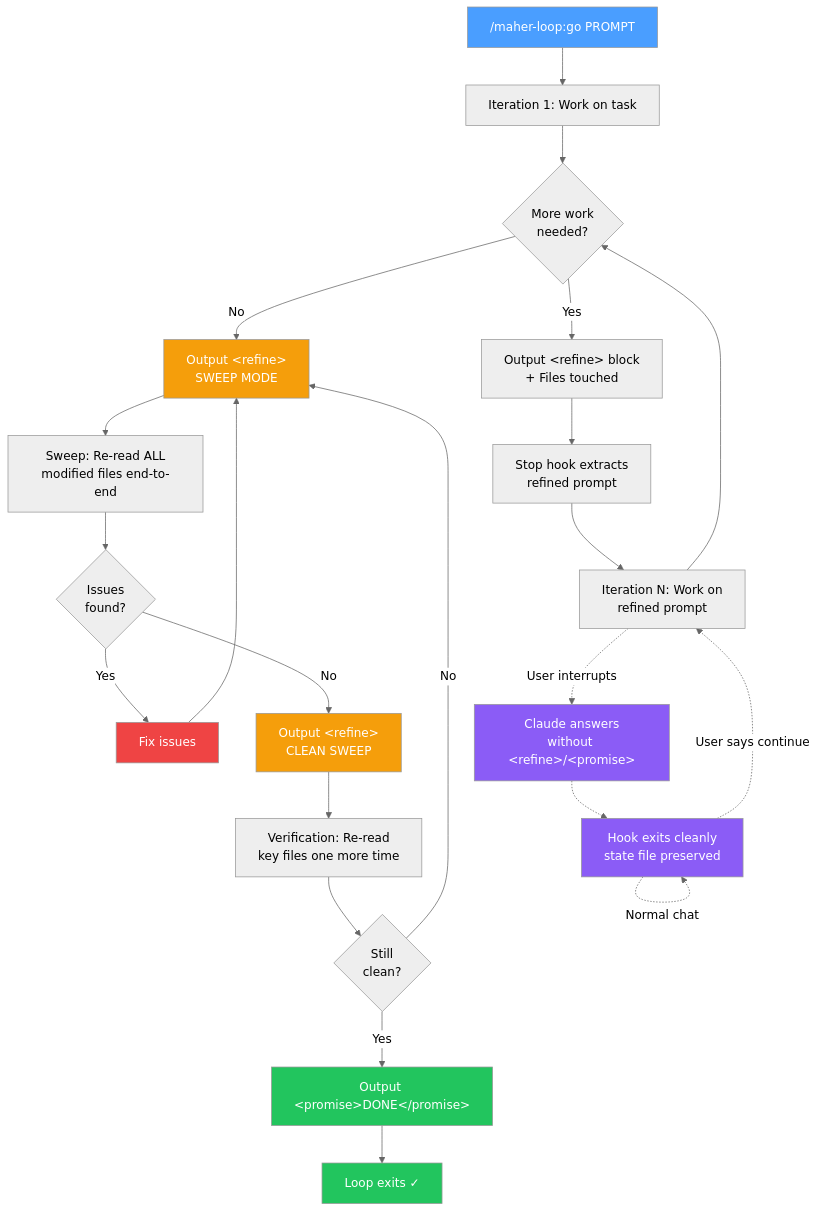
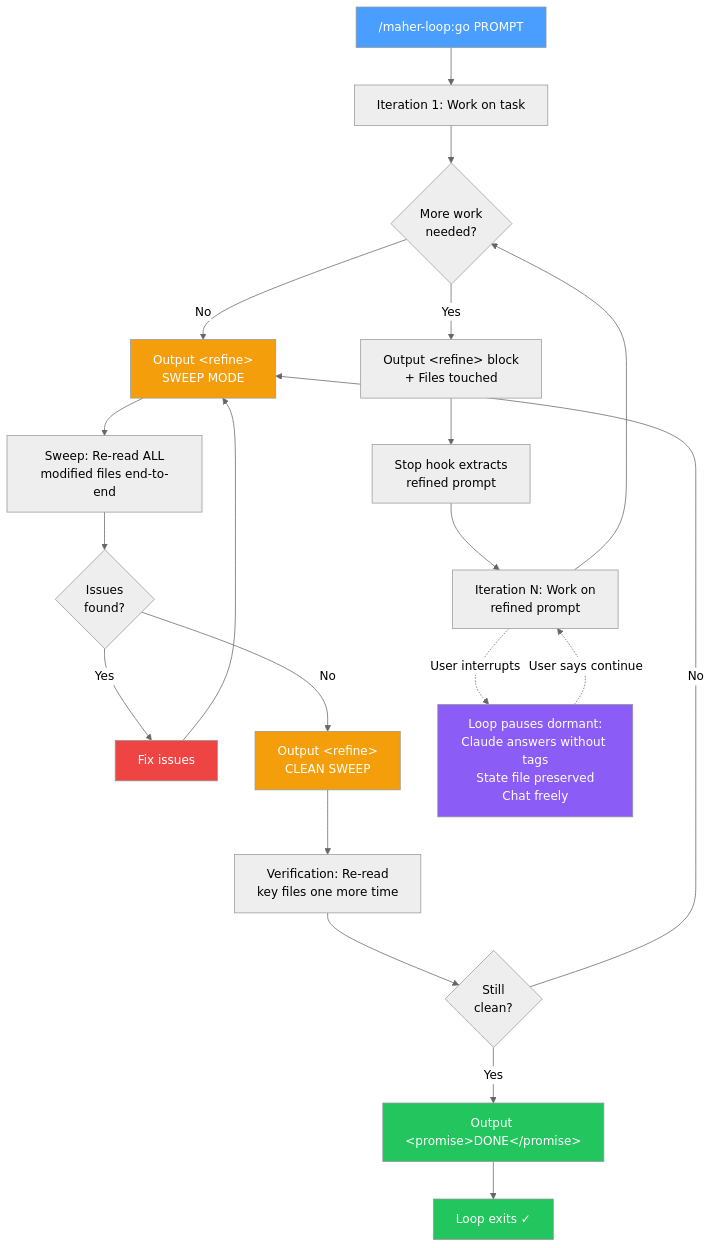
Before and after one commit to Maherr/maher-plugins: the diagram in plugins/maher-loop/README.md, drawn with Mermaid (neutral theme).

Commit message:
README: simplify pause branch in Mermaid diagram
The previous version had a self-loop ("Normal chat") that rendered
as an ugly circular arrow and was confusing. Replace with a single
purple node that explains the dormant state inline, with one arrow
back to the work iteration labeled "User says continue".

````diff
--- a/plugins/maher-loop/README.md
+++ b/plugins/maher-loop/README.md
@@ -22,34 +22,31 @@
 ```mermaid
 flowchart TD
     A["/maher-loop:go PROMPT"] --> B["Iteration 1: Work on task"]
     B --> C{"More work\nneeded?"}
     C -->|Yes| D["Output &lt;refine&gt; block\n+ Files touched"]
     D --> E["Stop hook extracts\nrefined prompt"]
     E --> F["Iteration N: Work on\nrefined prompt"]
     F --> C
     C -->|No| G["Output &lt;refine&gt;\nSWEEP MODE"]
     G --> H["Sweep: Re-read ALL\nmodified files end-to-end"]
     H --> I{"Issues\nfound?"}
     I -->|Yes| J["Fix issues"]
     J --> G
     I -->|No| K["Output &lt;refine&gt;\nCLEAN SWEEP"]
     K --> L["Verification: Re-read\nkey files one more time"]
     L --> M{"Still\nclean?"}
     M -->|No| G
     M -->|Yes| N["Output &lt;promise&gt;DONE&lt;/promise&gt;"]
     N --> O["Loop exits ✓"]
 
-    F -.->|User interrupts| P["Claude answers\nwithout &lt;refine&gt;/&lt;promise&gt;"]
-    P -.-> Q["Hook exits cleanly\nstate file preserved"]
-    Q -.->|Normal chat| Q
-    Q -.->|User says continue| F
+    F -.->|User interrupts| P["Loop pauses dormant:<br/>Claude answers without tags<br/>State file preserved<br/>Chat freely"]
+    P -.->|User says continue| F
 
     style A fill:#4a9eff,color:#fff
     style O fill:#22c55e,color:#fff
     style G fill:#f59e0b,color:#fff
     style K fill:#f59e0b,color:#fff
     style N fill:#22c55e,color:#fff
     style J fill:#ef4444,color:#fff
     style P fill:#8b5cf6,color:#fff
-    style Q fill:#8b5cf6,color:#fff
 ```
````
